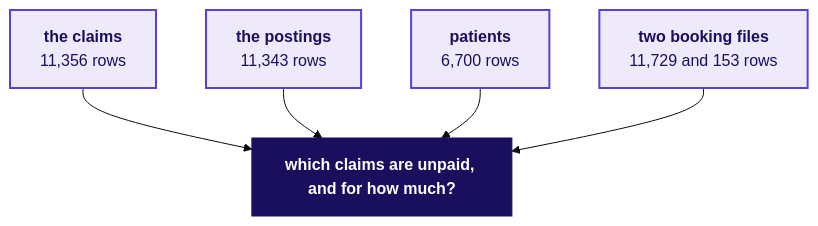
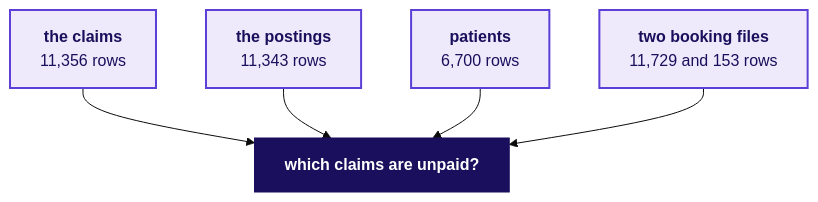
Before and after one commit to fde-academy-lab/c2-content-factory: the tenth of 22 diagrams in content/W03/D1/slides/C2_W03_D01_introduction_STUDENT.md, drawn with Mermaid (base theme). The commit also changed other lines of this file and 15 other files, not shown here.

````diff
--- a/content/W03/D1/slides/C2_W03_D01_introduction_STUDENT.md
+++ b/content/W03/D1/slides/C2_W03_D01_introduction_STUDENT.md
@@ -558,11 +589,11 @@
 ```mermaid
 flowchart TB
-    C["<b>the claims</b><br/>11,356 rows"] --> Q["<b>which claims are unpaid, and for how much?</b>"]
+    C["<b>the claims</b><br/>11,356 rows"] --> Q["<b>which claims are unpaid?</b>"]
     R["<b>the postings</b><br/>11,343 rows"] --> Q
     P["<b>patients</b><br/>6,700 rows"] --> Q
     B["<b>two booking files</b><br/>11,729 and 153 rows"] --> Q
     classDef known fill:#EEEAFB,stroke:#5B3FD6,color:#1A0F5C,stroke-width:2px
     classDef dark fill:#1A0F5C,stroke:#1A0F5C,color:#FFFFFF
     class C,R,P,B known
     class Q dark
 ```
````
